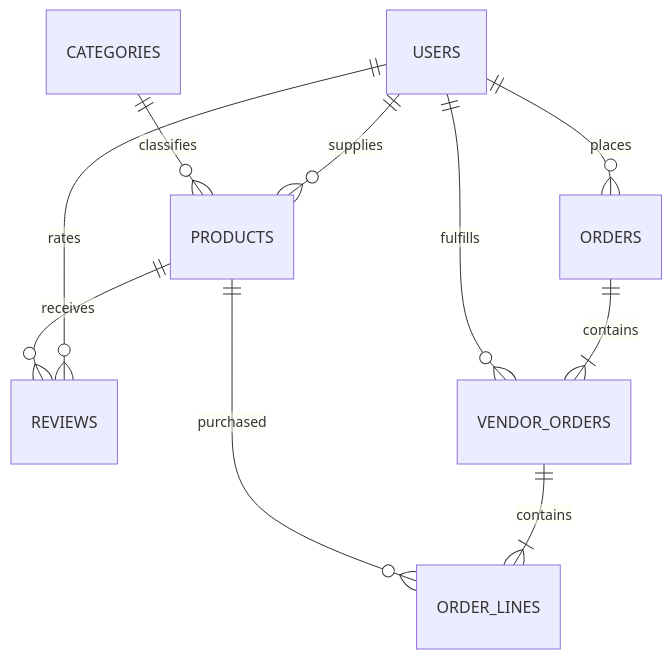
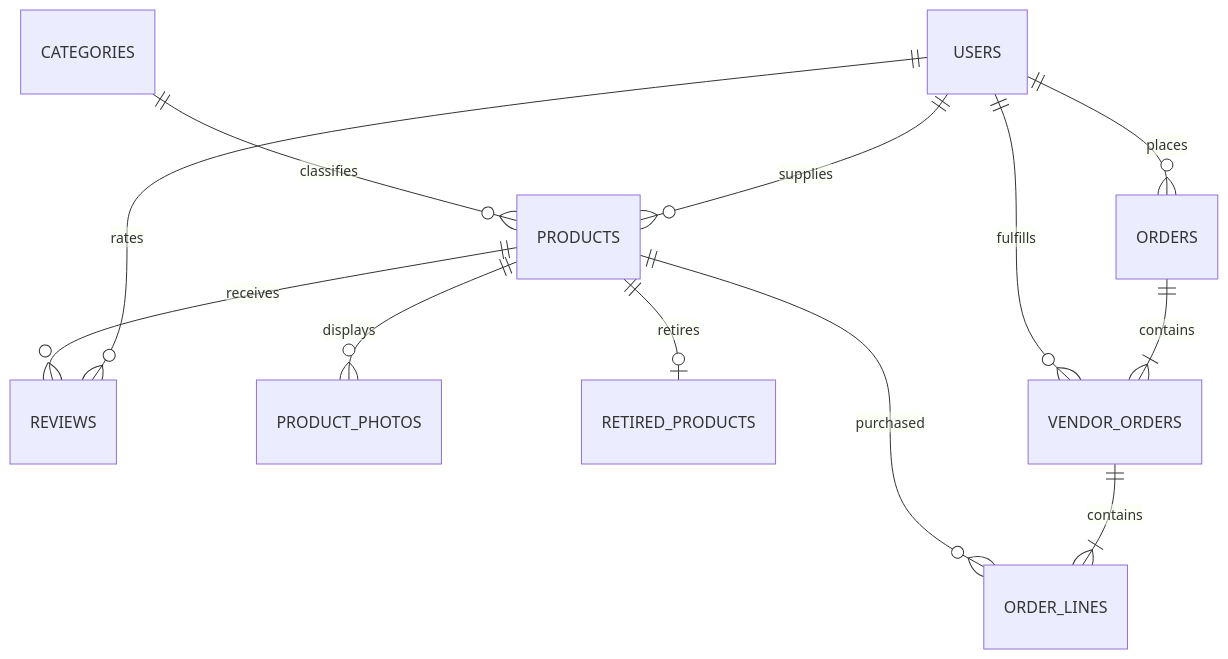
One commit to Gabbu69/Forma-Trade changed the diagram in docs/data-model.md. Above: the diagram before and after it, drawn with Mermaid. The commit also changed other lines of this file and 67 other files, not shown here.

````diff
--- a/docs/data-model.md
+++ b/docs/data-model.md
@@ -3,12 +3,14 @@
 ```mermaid
 erDiagram
     USERS ||--o{ PRODUCTS : supplies
     CATEGORIES ||--o{ PRODUCTS : classifies
     USERS ||--o{ REVIEWS : rates
     PRODUCTS ||--o{ REVIEWS : receives
+    PRODUCTS ||--o{ PRODUCT_PHOTOS : displays
+    PRODUCTS ||--o| RETIRED_PRODUCTS : retires
     USERS ||--o{ ORDERS : places
     ORDERS ||--|{ VENDOR_ORDERS : contains
     USERS ||--o{ VENDOR_ORDERS : fulfills
     VENDOR_ORDERS ||--|{ ORDER_LINES : contains
     PRODUCTS ||--o{ ORDER_LINES : purchased
 ```
````
